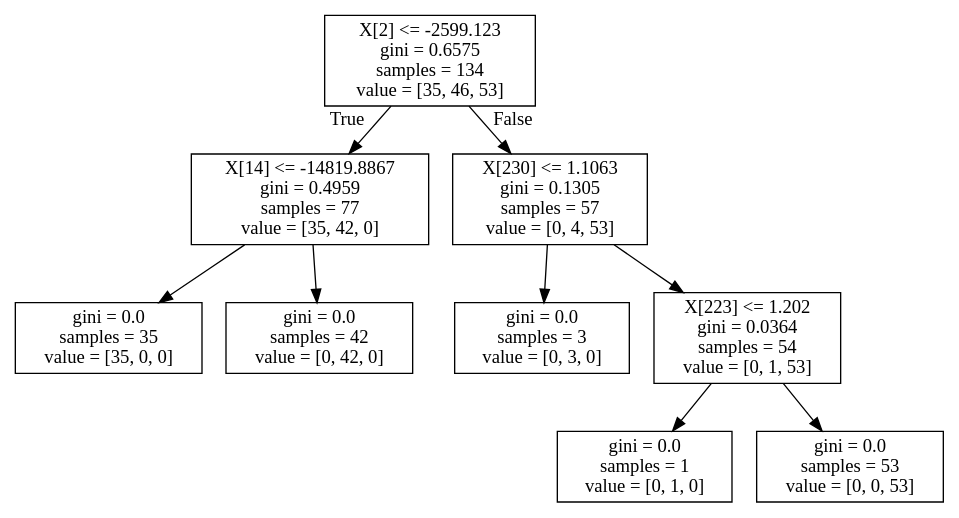
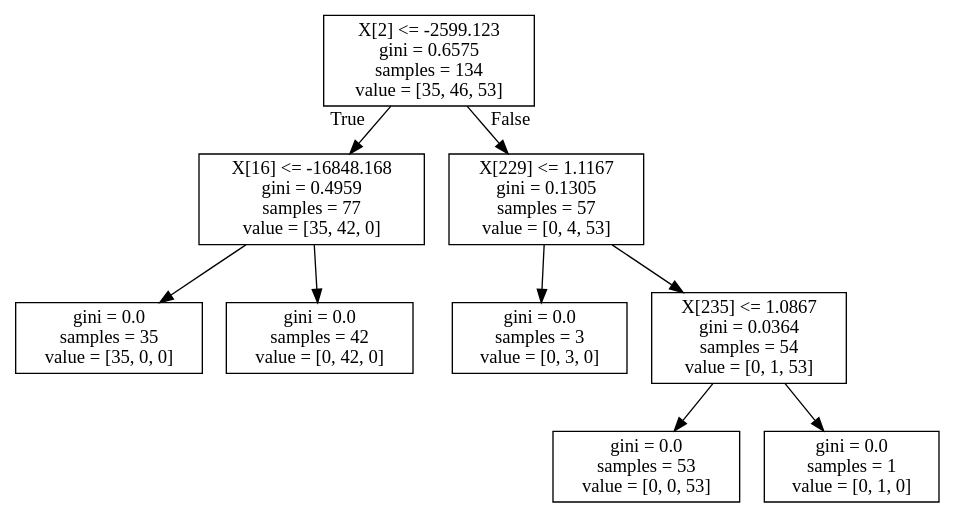
One commit to dog-vocalization/dog-vocalization changed the diagram in image_files/tree.dot. Above: the diagram before and after it, drawn with Graphviz. The commit also changed 2 other files, not shown here.

```diff
--- a/image_files/tree.dot
+++ b/image_files/tree.dot
@@ -1,20 +1,20 @@
 digraph Tree {
 node [shape=box] ;
 0 [label="X[2] <= -2599.123\ngini = 0.6575\nsamples = 134\nvalue = [35, 46, 53]"] ;
-1 [label="X[14] <= -14819.8867\ngini = 0.4959\nsamples = 77\nvalue = [35, 42, 0]"] ;
+1 [label="X[16] <= -16848.168\ngini = 0.4959\nsamples = 77\nvalue = [35, 42, 0]"] ;
 0 -> 1 [labeldistance=2.5, labelangle=45, headlabel="True"] ;
 2 [label="gini = 0.0\nsamples = 35\nvalue = [35, 0, 0]"] ;
 1 -> 2 ;
 3 [label="gini = 0.0\nsamples = 42\nvalue = [0, 42, 0]"] ;
 1 -> 3 ;
-4 [label="X[230] <= 1.1063\ngini = 0.1305\nsamples = 57\nvalue = [0, 4, 53]"] ;
+4 [label="X[229] <= 1.1167\ngini = 0.1305\nsamples = 57\nvalue = [0, 4, 53]"] ;
 0 -> 4 [labeldistance=2.5, labelangle=-45, headlabel="False"] ;
 5 [label="gini = 0.0\nsamples = 3\nvalue = [0, 3, 0]"] ;
 4 -> 5 ;
-6 [label="X[223] <= 1.202\ngini = 0.0364\nsamples = 54\nvalue = [0, 1, 53]"] ;
+6 [label="X[235] <= 1.0867\ngini = 0.0364\nsamples = 54\nvalue = [0, 1, 53]"] ;
 4 -> 6 ;
-7 [label="gini = 0.0\nsamples = 1\nvalue = [0, 1, 0]"] ;
+7 [label="gini = 0.0\nsamples = 53\nvalue = [0, 0, 53]"] ;
 6 -> 7 ;
-8 [label="gini = 0.0\nsamples = 53\nvalue = [0, 0, 53]"] ;
+8 [label="gini = 0.0\nsamples = 1\nvalue = [0, 1, 0]"] ;
 6 -> 8 ;
 }
```
